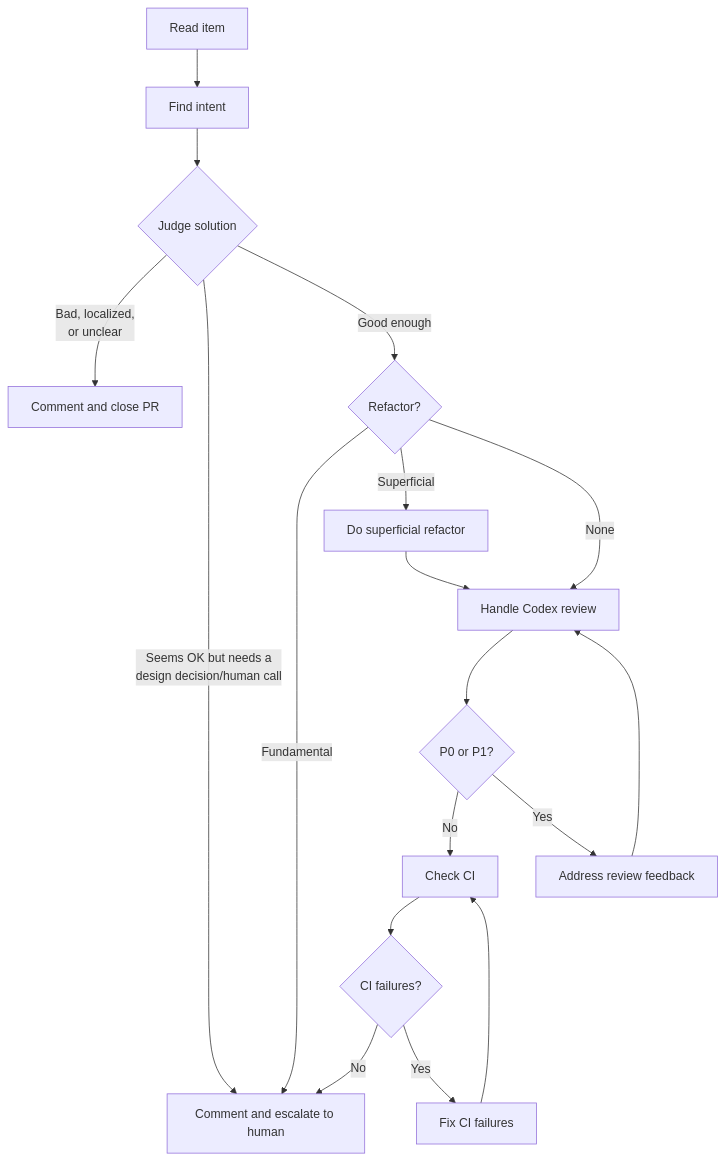
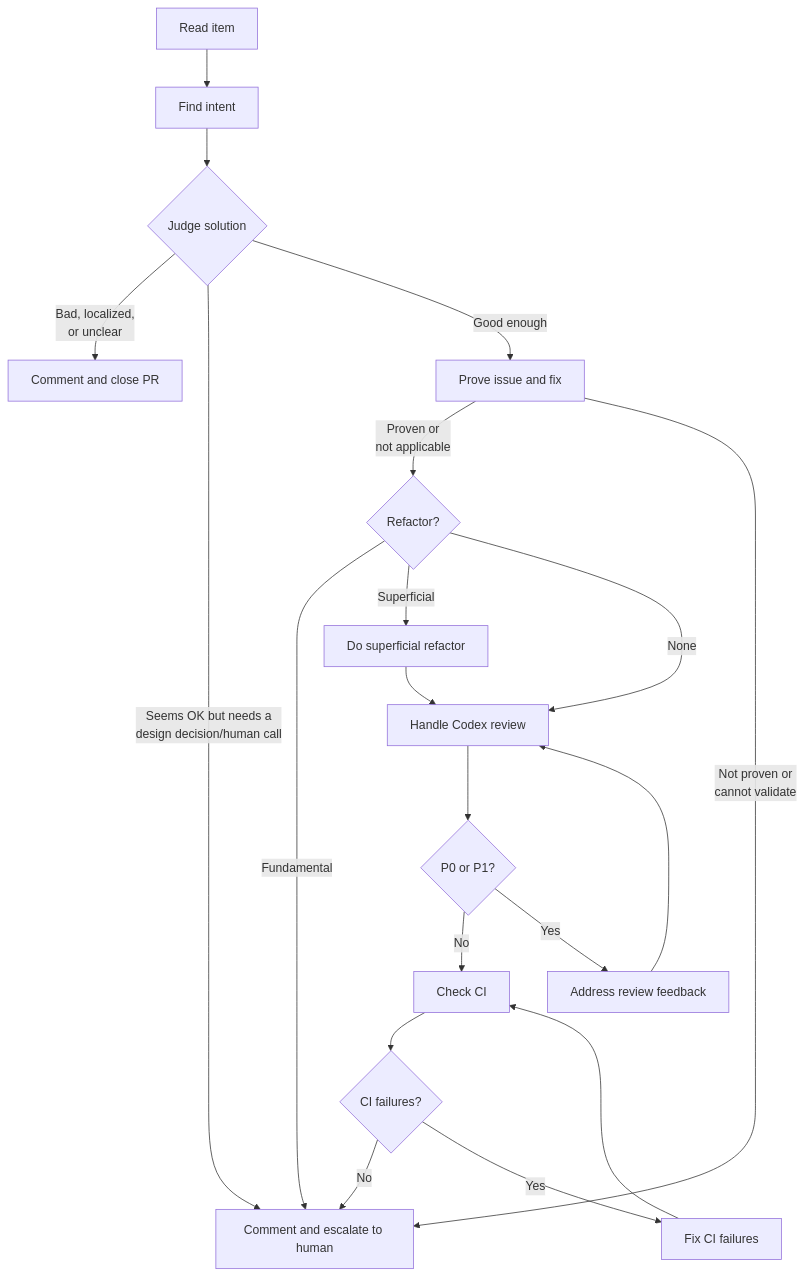
The diagram in agents/prompts/pr-issue-triage.md (osolmaz/tools), drawn with Mermaid before and after one commit. The commit also changed other lines of this file and 1 other file, not shown here.

Commit message:
Add proof-of-fix stage to triage flow

````diff
--- a/agents/prompts/pr-issue-triage.md
+++ b/agents/prompts/pr-issue-triage.md
@@ -5,23 +5,26 @@
 ```mermaid
 flowchart TD
     A[Read item] --> B[Find intent]
     B --> C{Judge solution}
 
     C -->|"Bad, localized,<br/>or unclear"| D[Comment and close PR]
     C -->|"Seems OK but needs a<br/>design decision/human call"| E[Comment and escalate to human]
-    C -->|Good enough| F{Refactor?}
+    C -->|Good enough| P[Prove issue and fix]
+
+    P -->|"Proven or<br/>not applicable"| F{Refactor?}
+    P -->|"Not proven or<br/>cannot validate"| E
 
     F -->|Fundamental| E
     F -->|Superficial| R[Do superficial refactor]
     F -->|None| G[Handle Codex review]
     R --> G
 
     G --> H{P0 or P1?}
     H -->|No| J[Check CI]
     H -->|Yes| I[Address review feedback]
     I --> G
     J --> K{CI failures?}
     K -->|No| E
     K -->|Yes| L[Fix CI failures]
     L --> J
 ```
````
